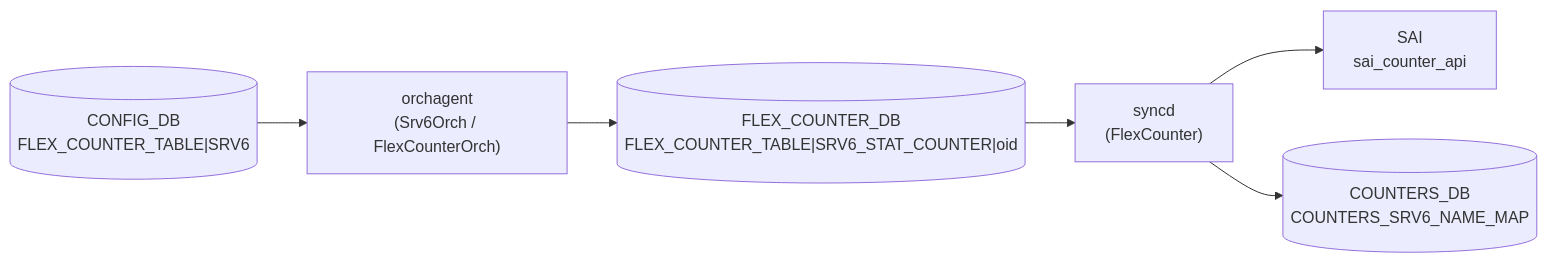
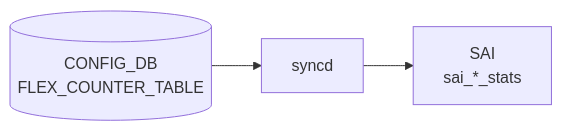
The diagram in docs/reference/config-db/srv6-counter.md (aoki-taquan/sonic-unofficial-docs), drawn with Mermaid before and after one commit. The commit also changed other lines of this file and 359 other files, not shown here.

````diff
--- a/docs/reference/config-db/srv6-counter.md
+++ b/docs/reference/config-db/srv6-counter.md
@@ -57,14 +57,8 @@
 ```mermaid
 flowchart LR
-  CDB[("CONFIG_DB<br/>FLEX_COUNTER_TABLE|SRV6")]
-  OA["orchagent<br/>(Srv6Orch / FlexCounterOrch)"]
-  FCB[("FLEX_COUNTER_DB<br/>FLEX_COUNTER_TABLE|SRV6_STAT_COUNTER|oid")]
-  SD["syncd<br/>(FlexCounter)"]
-  SAI["SAI<br/>sai_counter_api"]
-  CNTDB[("COUNTERS_DB<br/>COUNTERS_SRV6_NAME_MAP")]
-  CDB --> OA
-  OA --> FCB
-  FCB --> SD
-  SD --> SAI
-  SD --> CNTDB
+  CDB[("CONFIG_DB<br/>FLEX_COUNTER_TABLE")]
+  DM["syncd"]
+  CDB --> DM
+  SAI["SAI<br/>sai_*_stats"]
+  DM --> SAI
 ```
````
